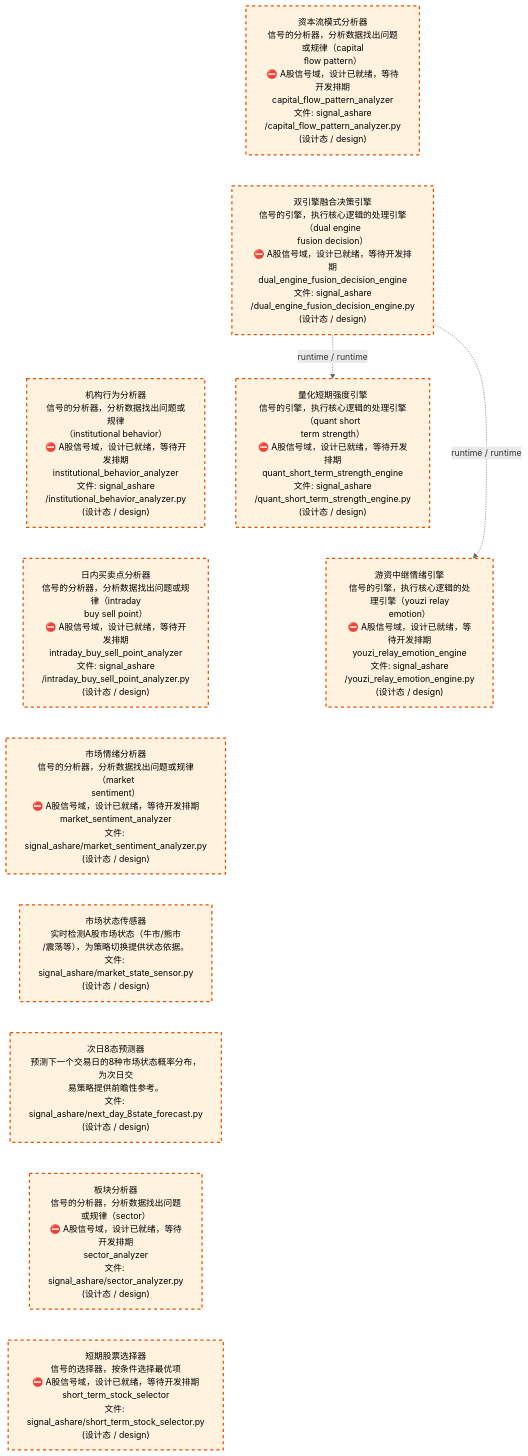
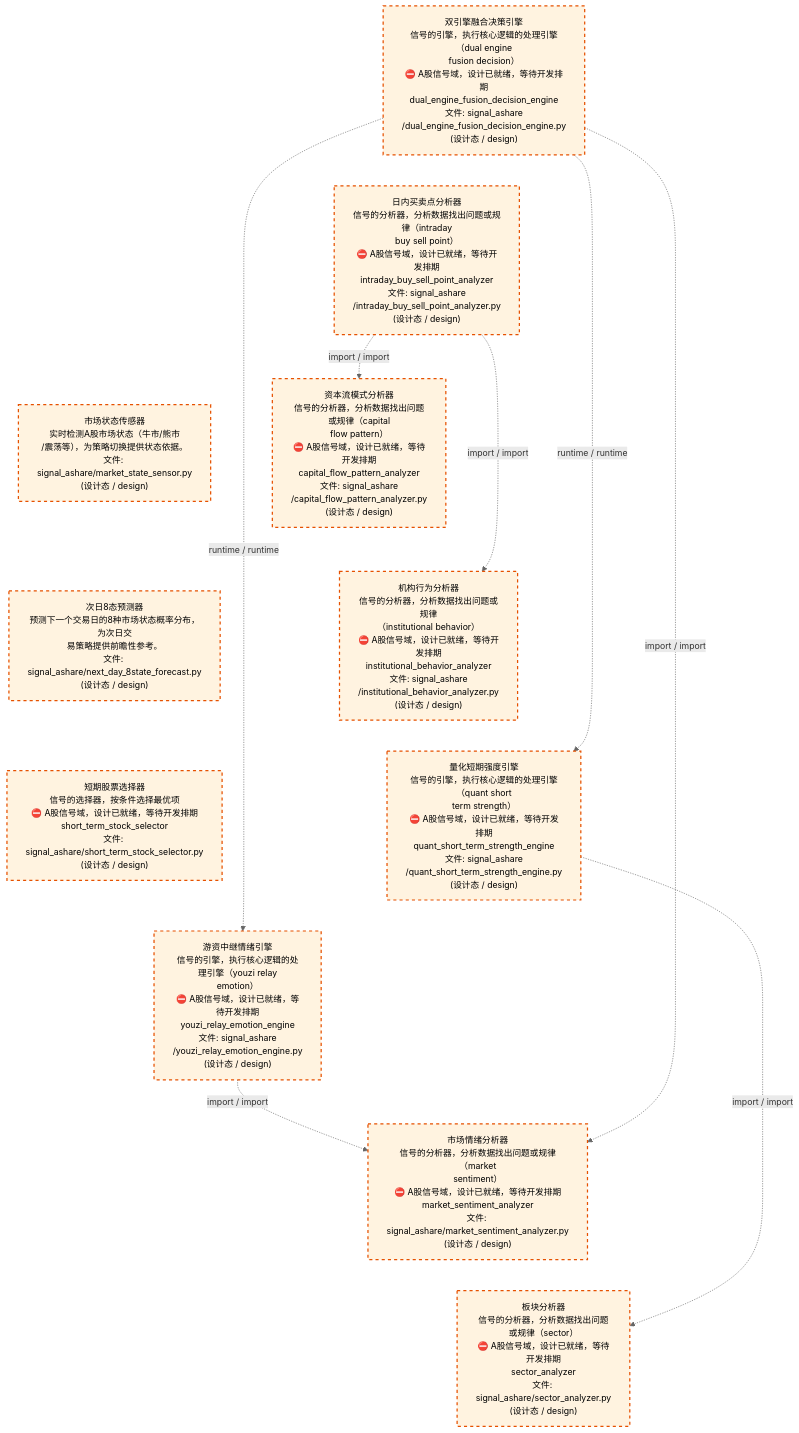
Before and after one commit to xuanFelixVan/ZephyrAlpha: the third of 4 diagrams in docs/02_enterprise_architecture/02_domain_architecture_docs/32_d_ashare_signal.md, drawn with Mermaid. The commit also changed other lines of this file and 46 other files, not shown here.

````diff
--- a/docs/02_enterprise_architecture/02_domain_architecture_docs/32_d_ashare_signal.md
+++ b/docs/02_enterprise_architecture/02_domain_architecture_docs/32_d_ashare_signal.md
@@ -134,31 +138,35 @@
 ```mermaid
 %%{init: {'theme': 'base', 'themeVariables': {'primaryColor': '#eaeaea', 'primaryTextColor': '#333333', 'primaryBorderColor': '#666666', 'lineColor': '#666666', 'secondaryColor': '#eaeaea', 'tertiaryColor': '#eaeaea', 'fontSize': '14px'}}}%%
 flowchart TD
-    src_zephyr_signal_ashare_capital_flow_pattern_analyzer_py["资本流模式分析器<br/>信号的分析器，分析数据找出问题或规律（capital<br/>flow pattern）<br/>⛔ A股信号域，设计已就绪，等待开发排期<br/>capital_flow_pattern_analyzer<br/>文件: signal_ashare<br/>/capital_flow_pattern_analyzer.py<br/>(设计态 / design)"]
     src_zephyr_signal_ashare_dual_engine_fusion_decision_engine_py["双引擎融合决策引擎<br/>信号的引擎，执行核心逻辑的处理引擎（dual engine<br/>fusion decision）<br/>⛔ A股信号域，设计已就绪，等待开发排期<br/>dual_engine_fusion_decision_engine<br/>文件: signal_ashare<br/>/dual_engine_fusion_decision_engine.py<br/>(设计态 / design)"]
-    src_zephyr_signal_ashare_institutional_behavior_analyzer_py["机构行为分析器<br/>信号的分析器，分析数据找出问题或规律<br/>（institutional behavior）<br/>⛔ A股信号域，设计已就绪，等待开发排期<br/>institutional_behavior_analyzer<br/>文件: signal_ashare<br/>/institutional_behavior_analyzer.py<br/>(设计态 / design)"]
     src_zephyr_signal_ashare_intraday_buy_sell_point_analyzer_py["日内买卖点分析器<br/>信号的分析器，分析数据找出问题或规律（intraday<br/>buy sell point）<br/>⛔ A股信号域，设计已就绪，等待开发排期<br/>intraday_buy_sell_point_analyzer<br/>文件: signal_ashare<br/>/intraday_buy_sell_point_analyzer.py<br/>(设计态 / design)"]
-    src_zephyr_signal_ashare_market_sentiment_analyzer_py["市场情绪分析器<br/>信号的分析器，分析数据找出问题或规律（market<br/>sentiment）<br/>⛔ A股信号域，设计已就绪，等待开发排期<br/>market_sentiment_analyzer<br/>文件: signal_ashare/market_sentiment_analyzer.py<br/>(设计态 / design)"]
     src_zephyr_signal_ashare_market_state_sensor_py["市场状态传感器<br/>实时检测A股市场状态（牛市/熊市<br/>/震荡等），为策略切换提供状态依据。<br/>文件: signal_ashare/market_state_sensor.py<br/>(设计态 / design)"]
     src_zephyr_signal_ashare_next_day_8state_forecast_py["次日8态预测器<br/>预测下一个交易日的8种市场状态概率分布，为次日交<br/>易策略提供前瞻性参考。<br/>文件: signal_ashare/next_day_8state_forecast.py<br/>(设计态 / design)"]
-    src_zephyr_signal_ashare_sector_analyzer_py["板块分析器<br/>信号的分析器，分析数据找出问题或规律（sector）<br/>⛔ A股信号域，设计已就绪，等待开发排期<br/>sector_analyzer<br/>文件: signal_ashare/sector_analyzer.py<br/>(设计态 / design)"]
     src_zephyr_signal_ashare_short_term_stock_selector_py["短期股票选择器<br/>信号的选择器，按条件选择最优项<br/>⛔ A股信号域，设计已就绪，等待开发排期<br/>short_term_stock_selector<br/>文件: signal_ashare/short_term_stock_selector.py<br/>(设计态 / design)"]
-    src_zephyr_signal_ashare_capital_flow_pattern_analyzer_py ~~~ src_zephyr_signal_ashare_dual_engine_fusion_decision_engine_py
-    src_zephyr_signal_ashare_dual_engine_fusion_decision_engine_py ~~~ src_zephyr_signal_ashare_institutional_behavior_analyzer_py
-    src_zephyr_signal_ashare_institutional_behavior_analyzer_py ~~~ src_zephyr_signal_ashare_intraday_buy_sell_point_analyzer_py
-    src_zephyr_signal_ashare_intraday_buy_sell_point_analyzer_py ~~~ src_zephyr_signal_ashare_market_sentiment_analyzer_py
-    src_zephyr_signal_ashare_market_sentiment_analyzer_py ~~~ src_zephyr_signal_ashare_market_state_sensor_py
+    src_zephyr_signal_ashare_dual_engine_fusion_decision_engine_py ~~~ src_zephyr_signal_ashare_intraday_buy_sell_point_analyzer_py
+    src_zephyr_signal_ashare_intraday_buy_sell_point_analyzer_py ~~~ src_zephyr_signal_ashare_market_state_sensor_py
     src_zephyr_signal_ashare_market_state_sensor_py ~~~ src_zephyr_signal_ashare_next_day_8state_forecast_py
-    src_zephyr_signal_ashare_next_day_8state_forecast_py ~~~ src_zephyr_signal_ashare_sector_analyzer_py
-    src_zephyr_signal_ashare_sector_analyzer_py ~~~ src_zephyr_signal_ashare_short_term_stock_selector_py
+    src_zephyr_signal_ashare_next_day_8state_forecast_py ~~~ src_zephyr_signal_ashare_short_term_stock_selector_py
+    src_zephyr_signal_ashare_capital_flow_pattern_analyzer_py["资本流模式分析器<br/>信号的分析器，分析数据找出问题或规律（capital<br/>flow pattern）<br/>⛔ A股信号域，设计已就绪，等待开发排期<br/>capital_flow_pattern_analyzer<br/>文件: signal_ashare<br/>/capital_flow_pattern_analyzer.py<br/>(设计态 / design)"]
+    src_zephyr_signal_ashare_institutional_behavior_analyzer_py["机构行为分析器<br/>信号的分析器，分析数据找出问题或规律<br/>（institutional behavior）<br/>⛔ A股信号域，设计已就绪，等待开发排期<br/>institutional_behavior_analyzer<br/>文件: signal_ashare<br/>/institutional_behavior_analyzer.py<br/>(设计态 / design)"]
     src_zephyr_signal_ashare_quant_short_term_strength_engine_py["量化短期强度引擎<br/>信号的引擎，执行核心逻辑的处理引擎（quant short<br/>term strength）<br/>⛔ A股信号域，设计已就绪，等待开发排期<br/>quant_short_term_strength_engine<br/>文件: signal_ashare<br/>/quant_short_term_strength_engine.py<br/>(设计态 / design)"]
     src_zephyr_signal_ashare_youzi_relay_emotion_engine_py["游资中继情绪引擎<br/>信号的引擎，执行核心逻辑的处理引擎（youzi relay<br/>emotion）<br/>⛔ A股信号域，设计已就绪，等待开发排期<br/>youzi_relay_emotion_engine<br/>文件: signal_ashare<br/>/youzi_relay_emotion_engine.py<br/>(设计态 / design)"]
+    src_zephyr_signal_ashare_capital_flow_pattern_analyzer_py ~~~ src_zephyr_signal_ashare_institutional_behavior_analyzer_py
+    src_zephyr_signal_ashare_institutional_behavior_analyzer_py ~~~ src_zephyr_signal_ashare_quant_short_term_strength_engine_py
     src_zephyr_signal_ashare_quant_short_term_strength_engine_py ~~~ src_zephyr_signal_ashare_youzi_relay_emotion_engine_py
+    src_zephyr_signal_ashare_market_sentiment_analyzer_py["市场情绪分析器<br/>信号的分析器，分析数据找出问题或规律（market<br/>sentiment）<br/>⛔ A股信号域，设计已就绪，等待开发排期<br/>market_sentiment_analyzer<br/>文件: signal_ashare/market_sentiment_analyzer.py<br/>(设计态 / design)"]
+    src_zephyr_signal_ashare_sector_analyzer_py["板块分析器<br/>信号的分析器，分析数据找出问题或规律（sector）<br/>⛔ A股信号域，设计已就绪，等待开发排期<br/>sector_analyzer<br/>文件: signal_ashare/sector_analyzer.py<br/>(设计态 / design)"]
+    src_zephyr_signal_ashare_market_sentiment_analyzer_py ~~~ src_zephyr_signal_ashare_sector_analyzer_py
+    src_zephyr_signal_ashare_intraday_buy_sell_point_analyzer_py -.->|import / import| src_zephyr_signal_ashare_institutional_behavior_analyzer_py
+    src_zephyr_signal_ashare_intraday_buy_sell_point_analyzer_py -.->|import / import| src_zephyr_signal_ashare_capital_flow_pattern_analyzer_py
+    src_zephyr_signal_ashare_youzi_relay_emotion_engine_py -.->|import / import| src_zephyr_signal_ashare_market_sentiment_analyzer_py
+    src_zephyr_signal_ashare_quant_short_term_strength_engine_py -.->|import / import| src_zephyr_signal_ashare_sector_analyzer_py
+    src_zephyr_signal_ashare_dual_engine_fusion_decision_engine_py -.->|import / import| src_zephyr_signal_ashare_market_sentiment_analyzer_py
     src_zephyr_signal_ashare_dual_engine_fusion_decision_engine_py -.->|runtime / runtime| src_zephyr_signal_ashare_youzi_relay_emotion_engine_py
     src_zephyr_signal_ashare_dual_engine_fusion_decision_engine_py -.->|runtime / runtime| src_zephyr_signal_ashare_quant_short_term_strength_engine_py
     classDef production fill:#e1f5fe,stroke:#01579b,stroke-width:2px,color:#000
     classDef design fill:#fff3e0,stroke:#e65100,stroke-width:2px,color:#000,stroke-dasharray: 5 5
     classDef external_prod fill:#e8f4fd,stroke:#0277bd,stroke-width:1px,color:#000
     classDef external_design fill:#fff8e7,stroke:#ef6c00,stroke-width:1px,color:#000,stroke-dasharray: 5 5
     class src_zephyr_signal_ashare_capital_flow_pattern_analyzer_py,src_zephyr_signal_ashare_dual_engine_fusion_decision_engine_py,src_zephyr_signal_ashare_institutional_behavior_analyzer_py,src_zephyr_signal_ashare_intraday_buy_sell_point_analyzer_py,src_zephyr_signal_ashare_market_sentiment_analyzer_py,src_zephyr_signal_ashare_market_state_sensor_py,src_zephyr_signal_ashare_next_day_8state_forecast_py,src_zephyr_signal_ashare_quant_short_term_strength_engine_py,src_zephyr_signal_ashare_sector_analyzer_py,src_zephyr_signal_ashare_short_term_stock_selector_py,src_zephyr_signal_ashare_youzi_relay_emotion_engine_py design
 ```
````
